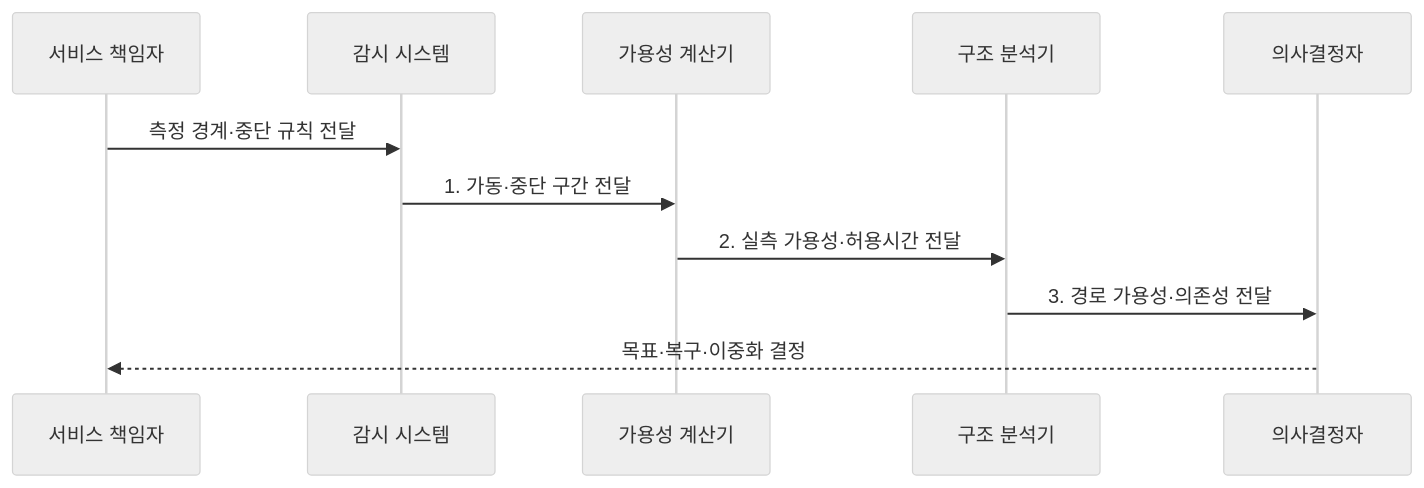
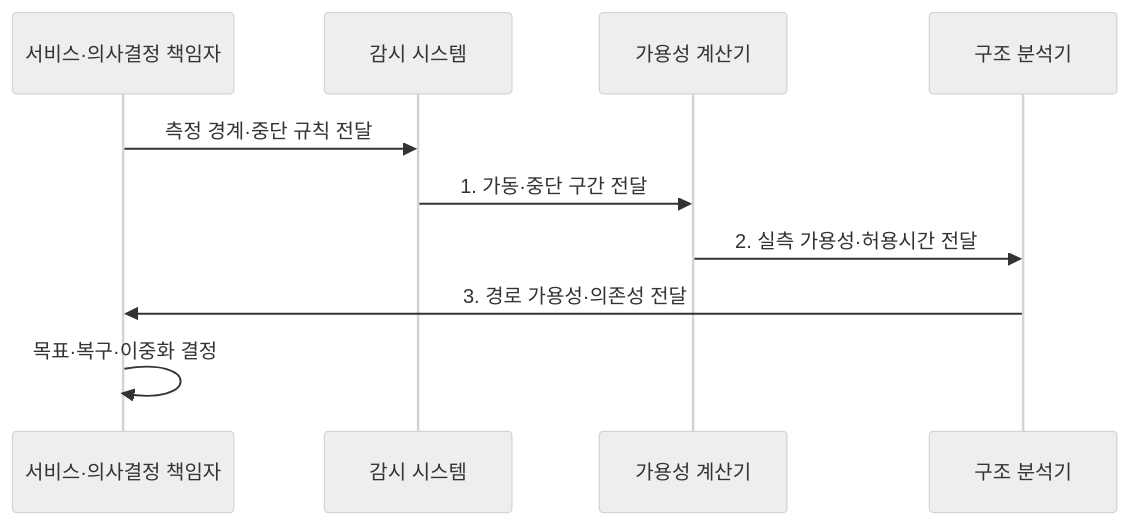
One commit to agnusdei1207/knowledge-base changed the second of 2 diagrams in src/content/docs/notes/06-evaluation/013_availability_calculation.md. Above: the diagram before and after it, drawn with Mermaid (neutral theme). The commit also changed 1 other file, not shown here.

Commit message:
Merge evaluation decision endpoints

````diff
--- a/src/content/docs/notes/06-evaluation/013_availability_calculation.md
+++ b/src/content/docs/notes/06-evaluation/013_availability_calculation.md
@@ -97,13 +97,12 @@
 ```mermaid
 sequenceDiagram
-  participant O as 서비스 책임자
+  participant O as 서비스·의사결정 책임자
   participant M as 감시 시스템
   participant C as 가용성 계산기
   participant A as 구조 분석기
-  participant D as 의사결정자
   O->>M: 측정 경계·중단 규칙 전달
   M->>C: 1. 가동·중단 구간 전달
   C->>A: 2. 실측 가용성·허용시간 전달
-  A->>D: 3. 경로 가용성·의존성 전달
-  D-->>O: 목표·복구·이중화 결정
+  A->>O: 3. 경로 가용성·의존성 전달
+  O->>O: 목표·복구·이중화 결정
 ```
````
